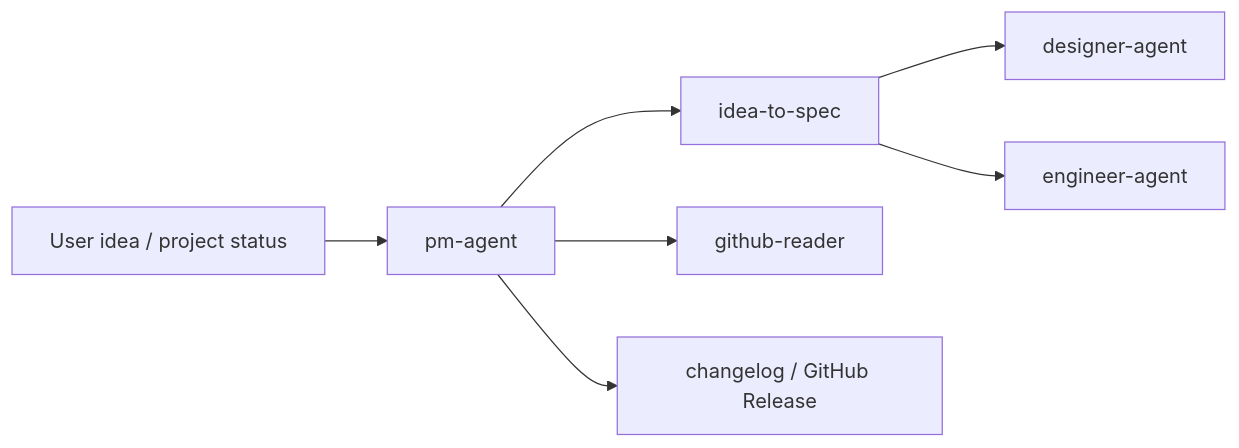
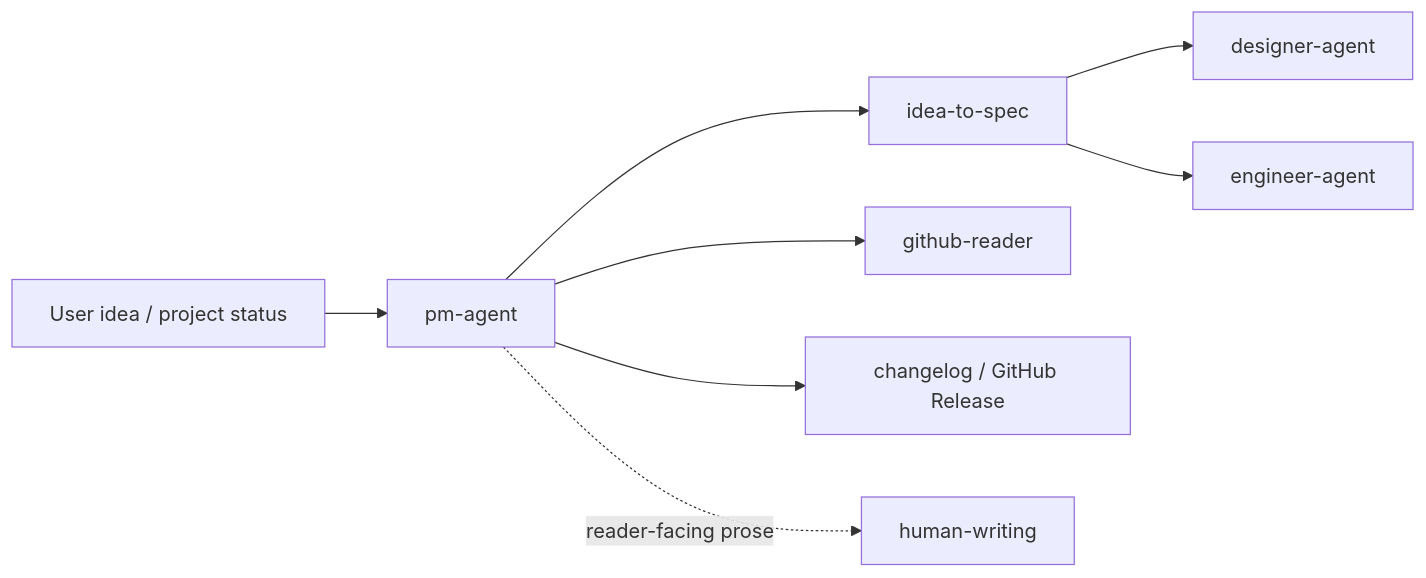
One commit to Neplich/dev-agent-skills changed the diagram in agents/product_manager/README.md. Above: the diagram before and after it, drawn with Mermaid. The commit also changed other lines of this file and 57 other files, not shown here.

First line of the commit message:
feat(skills): 新增 human-writing 并接入文档生成流程 (#310)

````diff
--- a/agents/product_manager/README.md
+++ b/agents/product_manager/README.md
@@ -62,9 +65,10 @@
 ```mermaid
 flowchart LR
     Idea["User idea / project status"] --> PM["pm-agent"]
     PM --> Spec["idea-to-spec"]
     PM --> GitHub["github-reader"]
     PM --> Release["changelog / GitHub Release"]
+    PM -. "reader-facing prose" .-> Writing["human-writing"]
     Spec --> Designer["designer-agent"]
     Spec --> Engineer["engineer-agent"]
 ```
````
